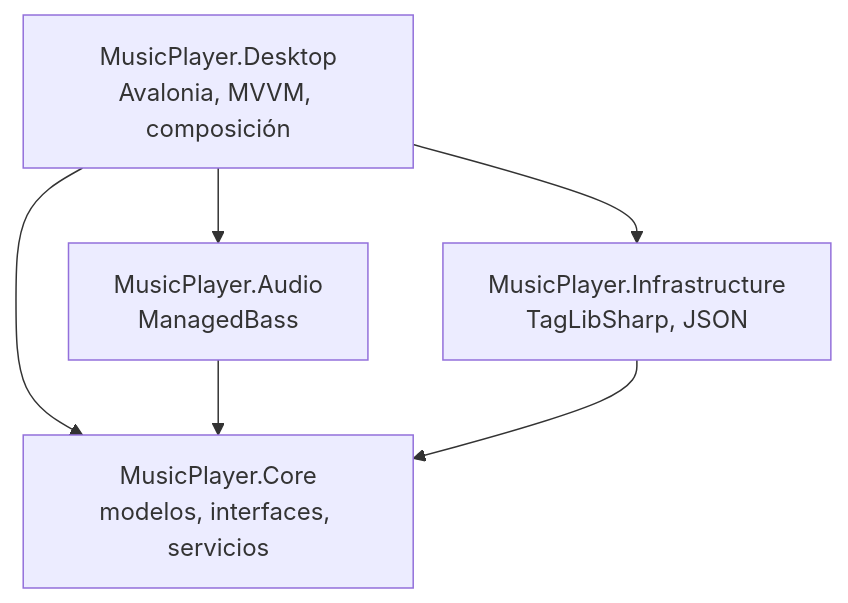
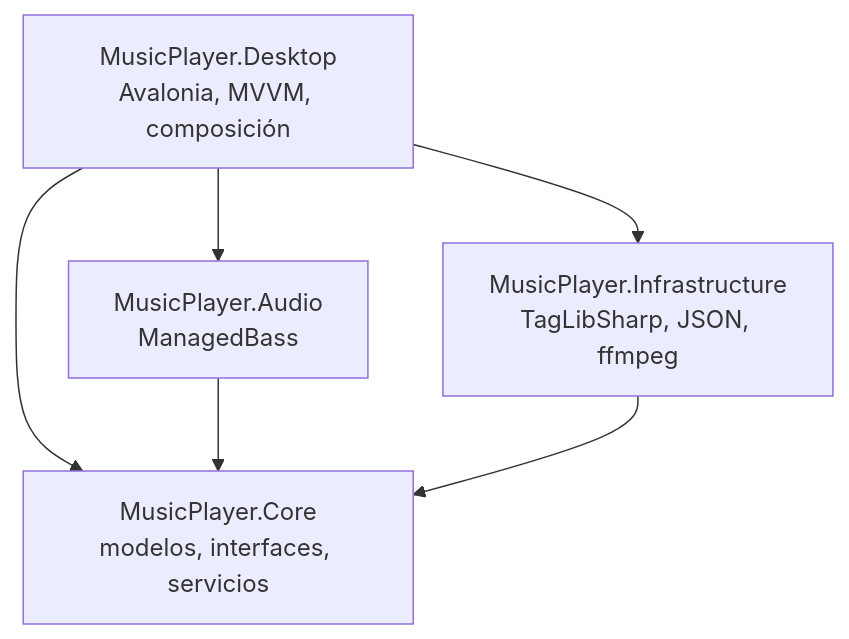
Before and after one commit to Saza4/MusicPlayer-Desktop: the diagram in README.md, drawn with Mermaid. The commit also changed other lines of this file and 2 other files, not shown here.

````diff
--- a/README.md
+++ b/README.md
@@ -40,8 +52,8 @@
 ```mermaid
 graph TD
     Desktop["MusicPlayer.Desktop<br/>Avalonia, MVVM, composición"] --> Core
     Desktop --> Audio["MusicPlayer.Audio<br/>ManagedBass"]
-    Desktop --> Infra["MusicPlayer.Infrastructure<br/>TagLibSharp, JSON"]
+    Desktop --> Infra["MusicPlayer.Infrastructure<br/>TagLibSharp, JSON, ffmpeg"]
     Audio --> Core["MusicPlayer.Core<br/>modelos, interfaces, servicios"]
     Infra --> Core
 ```
````
